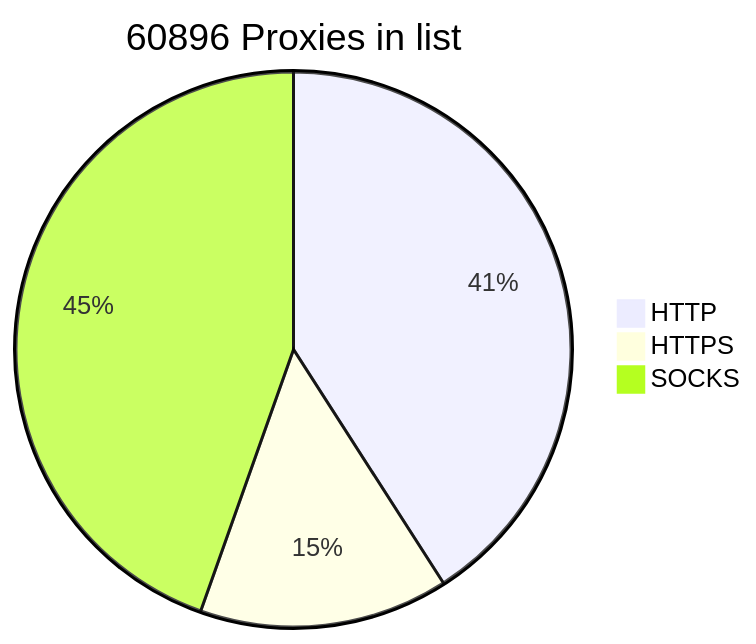
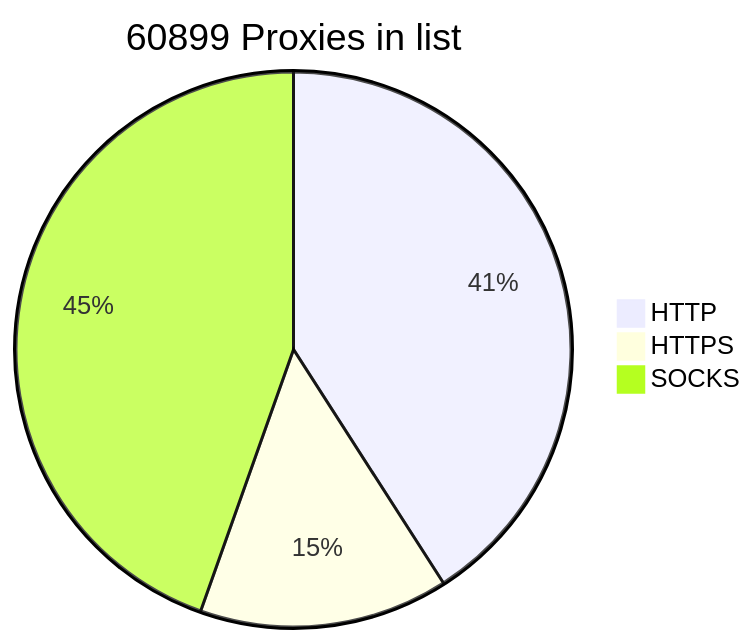
One commit to BlackSnowDot/proxylist-update-every-minute changed the diagram in README.md. Above: the diagram before and after it, drawn with Mermaid.

````diff
--- a/README.md
+++ b/README.md
@@ -2,6 +2,6 @@
 ```mermaid
-pie title 60896 Proxies in list
-    "HTTP" : 28230
-    "HTTPS": 10010
+pie title 60899 Proxies in list
+    "HTTP" : 28231
+    "HTTPS": 10013
     "SOCKS" : 30751
 ```
````
